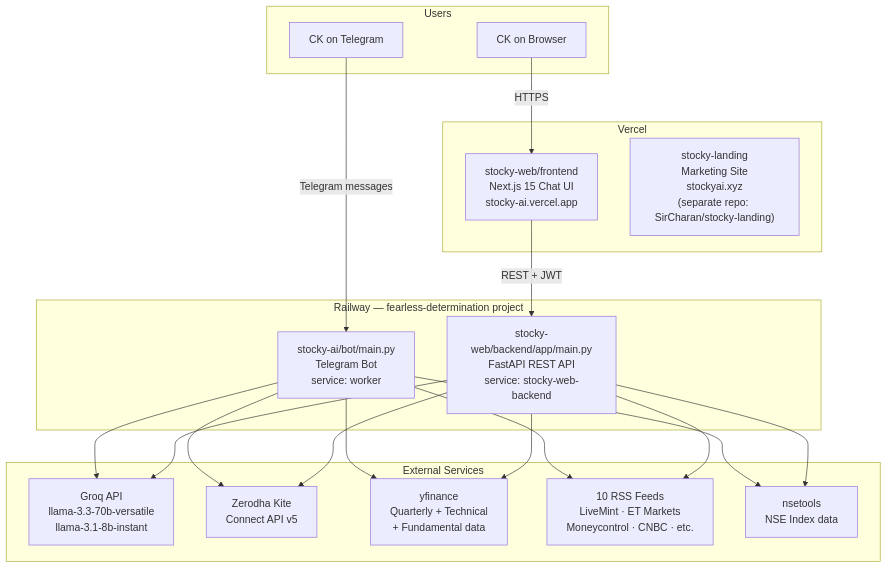
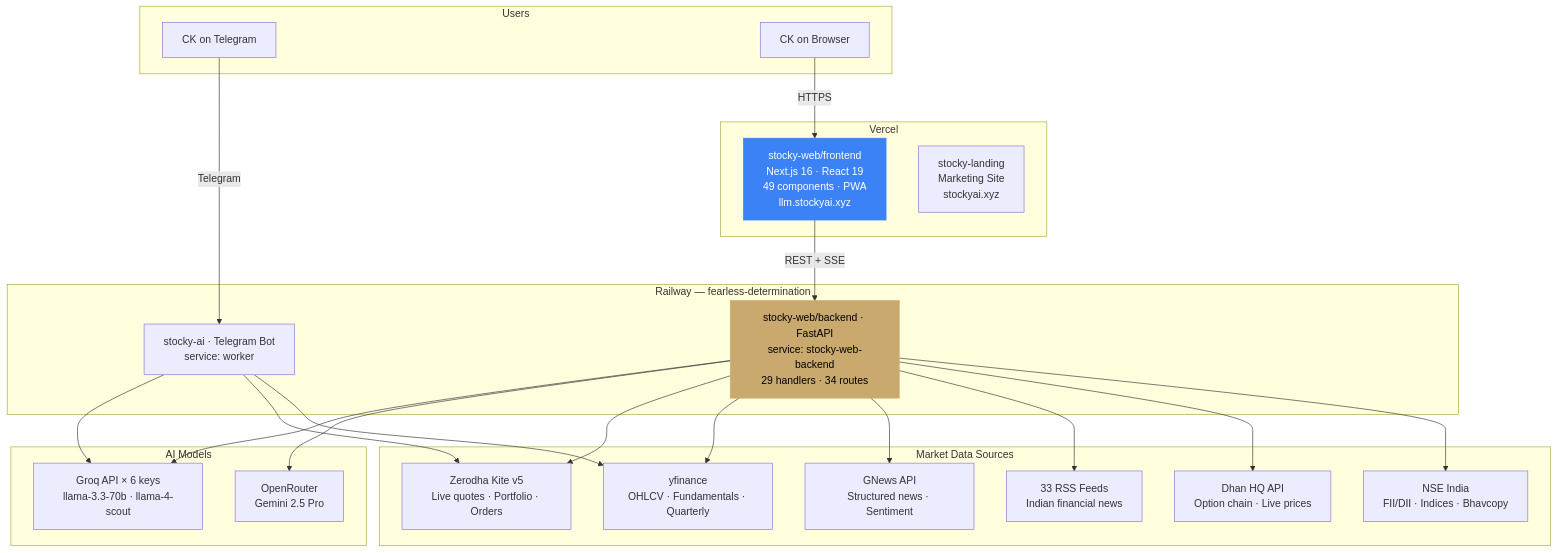
One commit to SirCharan/twitter changed the first of 9 diagrams in architecture.md. Above: the diagram before and after it, drawn with Mermaid. The commit also changed other lines of this file and 5 other files, not shown here.

````diff
--- a/architecture.md
+++ b/architecture.md
@@ -9,39 +9,49 @@
 ```mermaid
 graph TB
     subgraph Users
         U1[CK on Telegram]
         U2[CK on Browser]
     end
 
-    subgraph Railway["Railway — fearless-determination project"]
-        TG["stocky-ai/bot/main.py\nTelegram Bot\nservice: worker"]
-        API["stocky-web/backend/app/main.py\nFastAPI REST API\nservice: stocky-web-backend"]
+    subgraph Railway["Railway — fearless-determination"]
+        TG["stocky-ai · Telegram Bot<br/>service: worker"]
+        API["stocky-web/backend · FastAPI<br/>service: stocky-web-backend<br/>29 handlers · 34 routes"]
     end
 
-    subgraph Vercel["Vercel"]
-        FE["stocky-web/frontend\nNext.js 15 Chat UI\nstocky-ai.vercel.app"]
-        LP["stocky-landing\nMarketing Site\nstockyai.xyz\n(separate repo: SirCharan/stocky-landing)"]
+    subgraph Vercel
+        FE["stocky-web/frontend<br/>Next.js 16 · React 19<br/>49 components · PWA<br/>llm.stockyai.xyz"]
+        LP["stocky-landing<br/>Marketing Site<br/>stockyai.xyz"]
     end
 
-    subgraph External["External Services"]
-        GROQ["Groq API\nllama-3.3-70b-versatile\nllama-3.1-8b-instant"]
-        KITE["Zerodha Kite\nConnect API v5"]
-        YF["yfinance\nQuarterly + Technical\n+ Fundamental data"]
-        RSS["10 RSS Feeds\nLiveMint · ET Markets\nMoneycontrol · CNBC · etc."]
-        NSE["nsetools\nNSE Index data"]
+    subgraph AI["AI Models"]
+        GROQ["Groq API × 6 keys<br/>llama-3.3-70b · llama-4-scout"]
+        OR["OpenRouter<br/>Gemini 2.5 Pro"]
     end
 
-    U1 -->|Telegram messages| TG
+    subgraph Data["Market Data Sources"]
+        KITE["Zerodha Kite v5<br/>Live quotes · Portfolio · Orders"]
+        YF["yfinance<br/>OHLCV · Fundamentals · Quarterly"]
+        GNEWS["GNews API<br/>Structured news · Sentiment"]
+        RSS["33 RSS Feeds<br/>Indian financial news"]
+        DHAN["Dhan HQ API<br/>Option chain · Live prices"]
+        NSE["NSE India<br/>FII/DII · Indices · Bhavcopy"]
+    end
+
+    U1 -->|Telegram| TG
     U2 -->|HTTPS| FE
-    FE -->|REST + JWT| API
+    FE -->|REST + SSE| API
     TG --> GROQ
     TG --> KITE
     TG --> YF
-    TG --> RSS
-    TG --> NSE
     API --> GROQ
+    API --> OR
     API --> KITE
     API --> YF
+    API --> GNEWS
     API --> RSS
+    API --> DHAN
     API --> NSE
+
+    style API fill:#c9a96e,color:#000,stroke:#c9a96e
+    style FE fill:#3b82f6,color:#fff,stroke:#3b82f6
 ```
````
